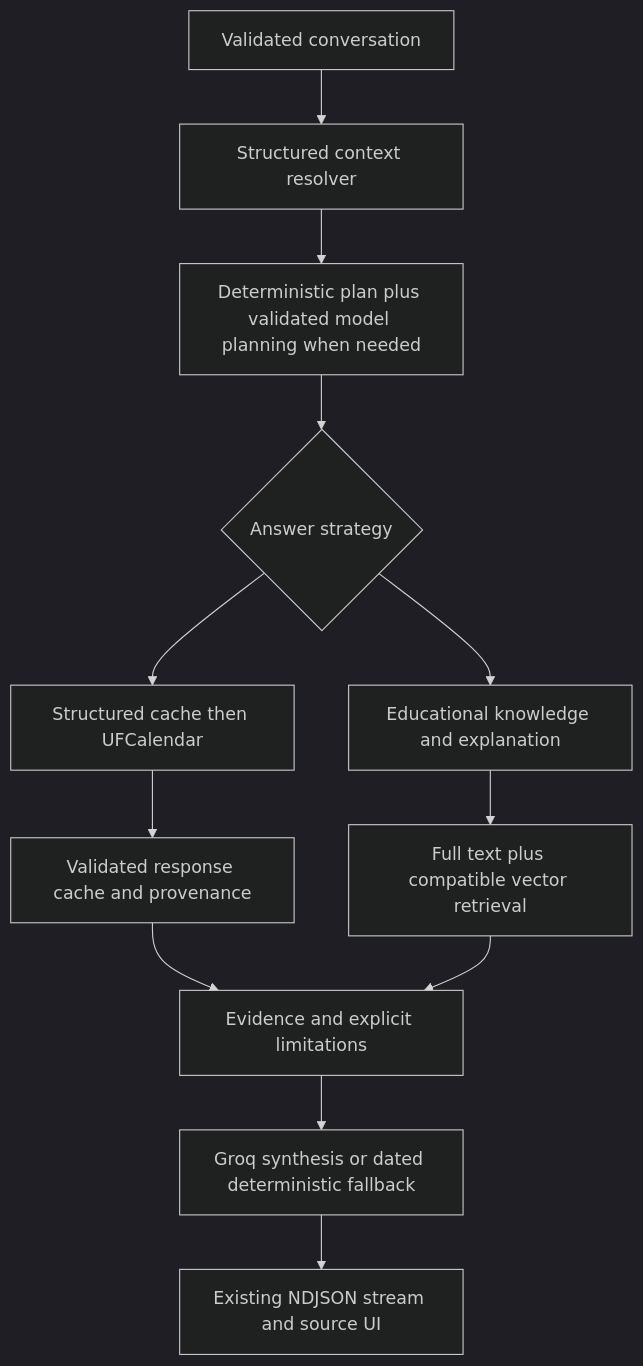
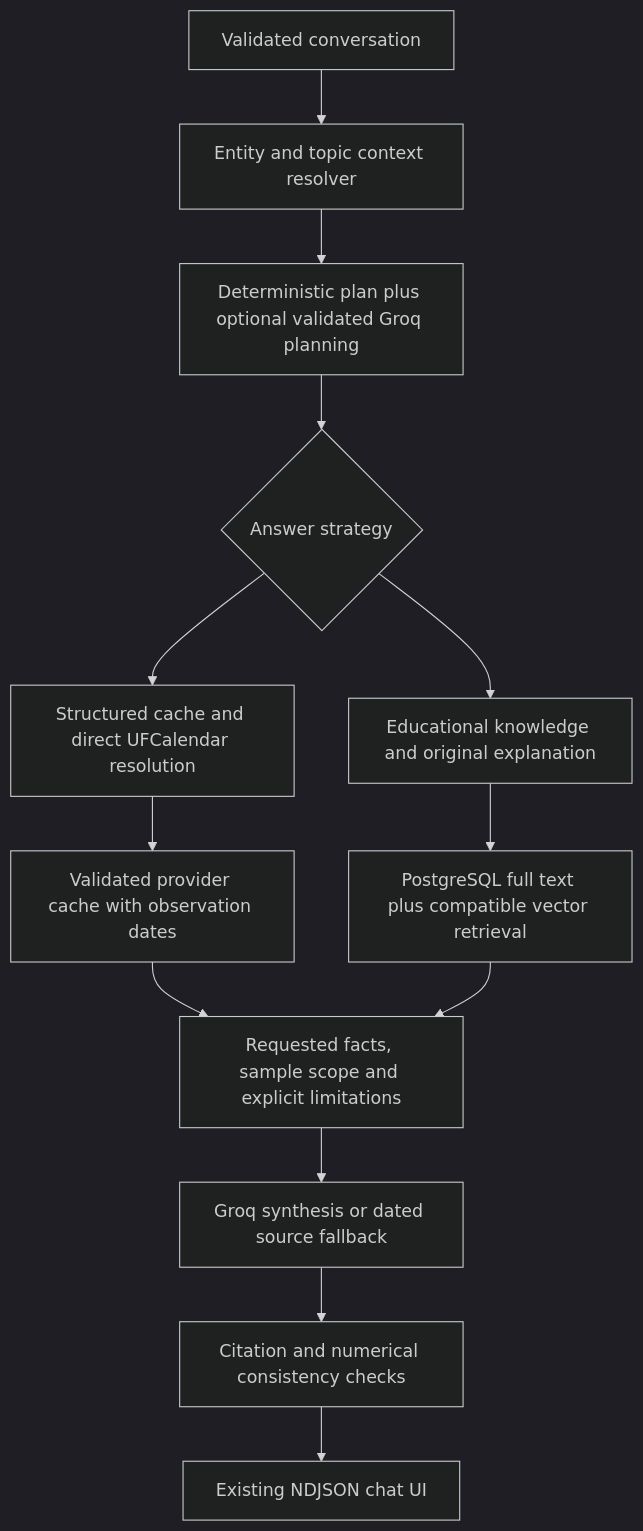
The diagram in docs/conversational-chat-rebuild.md (dansonofbass/UFC-CHATBOT), drawn with Mermaid (dark theme) before and after one commit. The commit also changed other lines of this file and 2 other files, not shown here.

Commit message:
docs(release): record frozen-scope verification and release holds

````diff
--- a/docs/conversational-chat-rebuild.md
+++ b/docs/conversational-chat-rebuild.md
@@ -9,14 +13,15 @@
 ```mermaid
 flowchart TD
-  A[Validated conversation] --> B[Structured context resolver]
-  B --> C[Deterministic plan plus validated model planning when needed]
+  A[Validated conversation] --> B[Entity and topic context resolver]
+  B --> C[Deterministic plan plus optional validated Groq planning]
   C --> D{Answer strategy}
-  D --> E[Educational knowledge and explanation]
-  D --> F[Structured cache then UFCalendar]
-  F --> G[Validated response cache and provenance]
-  E --> H[Full text plus compatible vector retrieval]
-  G --> I[Evidence and explicit limitations]
+  D --> E[Educational knowledge and original explanation]
+  D --> F[Structured cache and direct UFCalendar resolution]
+  F --> G[Validated provider cache with observation dates]
+  E --> H[PostgreSQL full text plus compatible vector retrieval]
+  G --> I[Requested facts, sample scope and explicit limitations]
   H --> I
-  I --> J[Groq synthesis or dated deterministic fallback]
-  J --> K[Existing NDJSON stream and source UI]
+  I --> J[Groq synthesis or dated source fallback]
+  J --> K[Citation and numerical consistency checks]
+  K --> L[Existing NDJSON chat UI]
 ```
````
